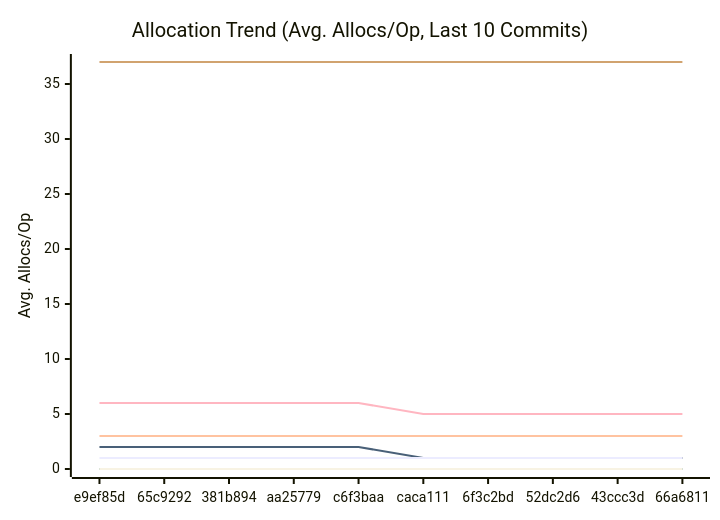
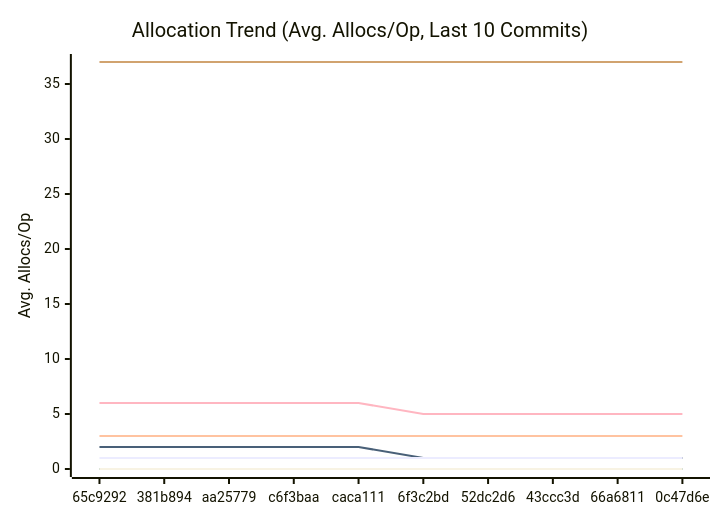
One commit to alsotoes/momo changed the third of 3 diagrams in docs/PERFORMANCE.md. Above: the diagram before and after it, drawn with Mermaid. The commit also changed other lines of this file and 2 other files, not shown here.

````diff
--- a/docs/PERFORMANCE.md
+++ b/docs/PERFORMANCE.md
@@ -176,18 +176,18 @@
 ```mermaid
 xychart-beta
     title "Allocation Trend (Avg. Allocs/Op, Last 10 Commits)"
     x-axis "Commit"
     y-axis "Avg. Allocs/Op"
-    x-axis [e9ef85d,65c9292,381b894,aa25779,c6f3baa,caca111,6f3c2bd,52dc2d6,43ccc3d,66a6811]
+    x-axis [65c9292,381b894,aa25779,c6f3baa,caca111,6f3c2bd,52dc2d6,43ccc3d,66a6811,0c47d6e]
     line "CheckMetricsAndSwap" [0,0,0,0,0,0,0,0,0,0]
     line "CrushOptimized" [0,0,0,0,0,0,0,0,0,0]
     line "CrushOriginal" [3,3,3,3,3,3,3,3,3,3]
     line "IndexDirectTracking" [0,0,0,0,0,0,0,0,0,0]
     line "IndexSearch" [0,0,0,0,0,0,0,0,0,0]
     line "LoadGlobalConfig" [37,37,37,37,37,37,37,37,37,37]
     line "PadString" [0,0,0,0,0,0,0,0,0,0]
     line "ParseReplicationOrder_NoPrealloc" [6,6,6,6,6,5,5,5,5,5]
     line "ParseReplicationOrder_Prealloc" [2,2,2,2,2,1,1,1,1,1]
     line "SanitizeLog/Safe" [0,0,0,0,0,0,0,0,0,0]
     line "SanitizeLog/Unsafe" [1,1,1,1,1,1,1,1,1,1]
 ```
````
